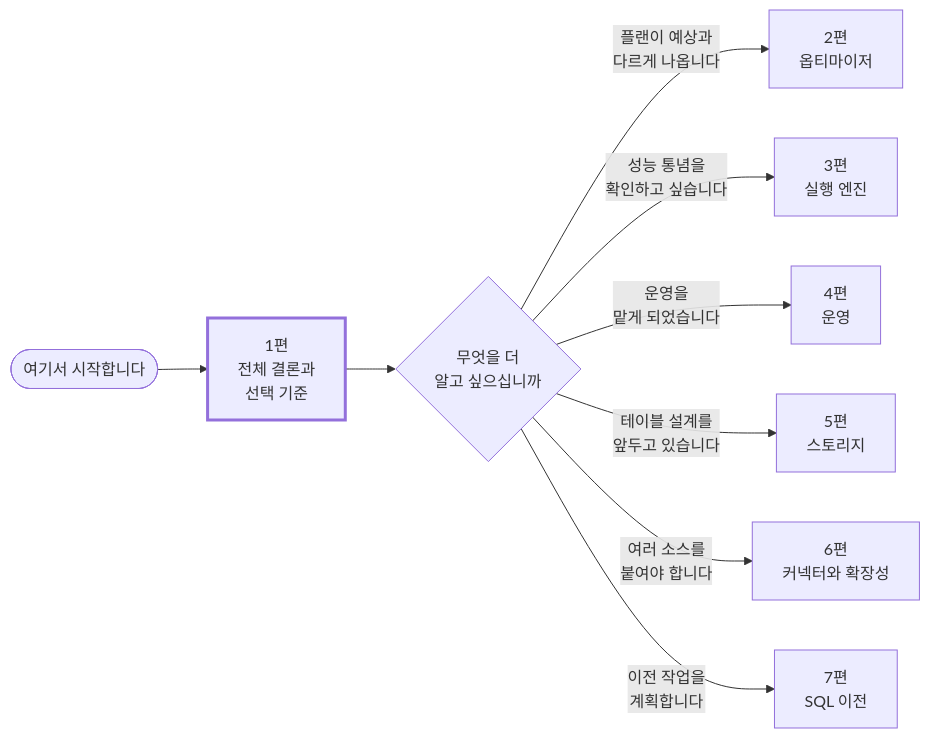
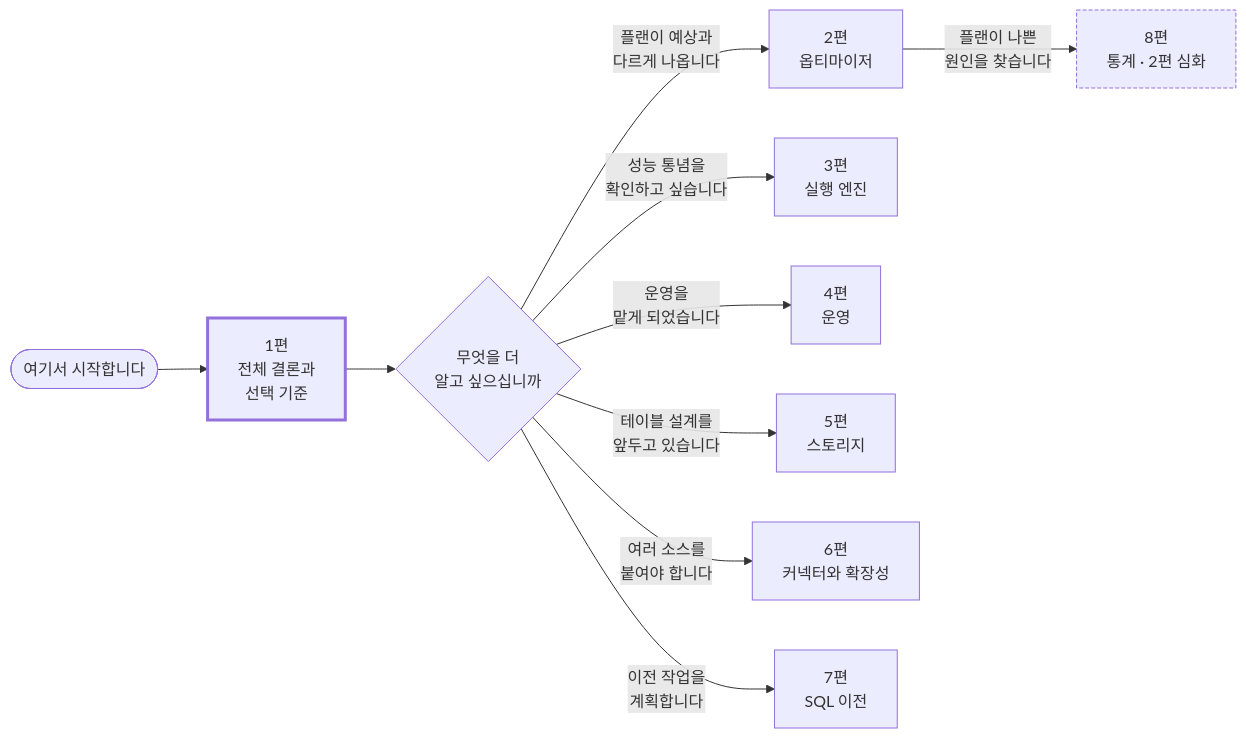
Before and after one commit to braveji18/dataops-insight: the first of 5 diagrams in docs/blog/00-시리즈-안내.md, drawn with Mermaid. The commit also changed other lines of this file and 4 other files, not shown here.

````diff
--- a/docs/blog/00-시리즈-안내.md
+++ b/docs/blog/00-시리즈-안내.md
@@ -24,13 +24,16 @@
 ```mermaid
 flowchart LR
     START(["여기서 시작합니다"]) --> P1["1편<br/>전체 결론과<br/>선택 기준"]
     P1 --> Q{"무엇을 더<br/>알고 싶으십니까"}
     Q -->|"플랜이 예상과<br/>다르게 나옵니다"| P2["2편<br/>옵티마이저"]
     Q -->|"성능 통념을<br/>확인하고 싶습니다"| P3["3편<br/>실행 엔진"]
     Q -->|"운영을<br/>맡게 되었습니다"| P4["4편<br/>운영"]
     Q -->|"테이블 설계를<br/>앞두고 있습니다"| P5["5편<br/>스토리지"]
     Q -->|"여러 소스를<br/>붙여야 합니다"| P6["6편<br/>커넥터와 확장성"]
     Q -->|"이전 작업을<br/>계획합니다"| P7["7편<br/>SQL 이전"]
+    P2 -->|"플랜이 나쁜<br/>원인을 찾습니다"| P8["8편<br/>통계 · 2편 심화"]
     classDef entry stroke-width:3px
+    classDef deep stroke-dasharray:4 2
     class P1 entry
+    class P8 deep
 ```
````
